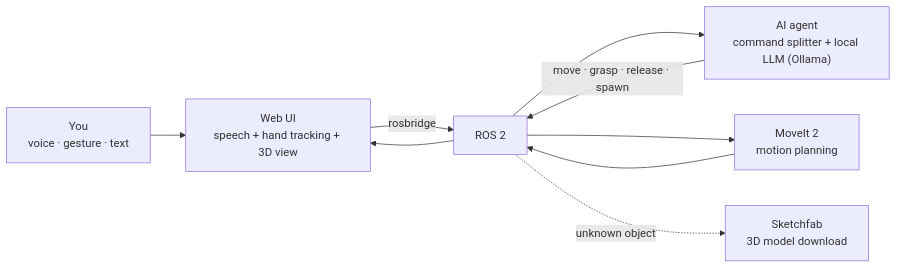
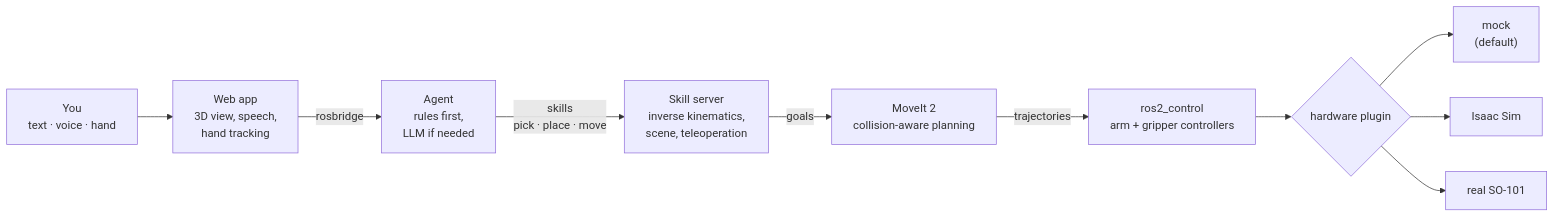
One commit to gabripo/move_the_bot changed the diagram in README.md. Above: the diagram before and after it, drawn with Mermaid. The commit also changed other lines of this file and 18 other files, not shown here.

First line of the commit message:
Docs, Isaac Sim interface test, calibration for the real arm

````diff
--- a/README.md
+++ b/README.md
@@ -25,11 +86,12 @@
 ```mermaid
 flowchart LR
-    U["You<br/>voice · gesture · text"] --> W["Web UI<br/>speech + hand tracking + 3D view"]
-    W -- rosbridge --> R["ROS 2"]
-    R --> A["AI agent<br/>command splitter + local LLM (Ollama)"]
-    A -- "move · grasp · release · spawn" --> R
-    R --> M["MoveIt 2<br/>motion planning"]
-    M --> R
-    R --> W
-    R -. unknown object .-> S["Sketchfab<br/>3D model download"]
+    U["You<br/>text · voice · hand"] --> W["Web app<br/>3D view, speech,<br/>hand tracking"]
+    W -- rosbridge --> A["Agent<br/>rules first,<br/>LLM if needed"]
+    A -- "skills<br/>pick · place · move" --> S["Skill server<br/>inverse kinematics,<br/>scene, teleoperation"]
+    S -- goals --> M["MoveIt 2<br/>collision-aware planning"]
+    M -- trajectories --> C["ros2_control<br/>arm + gripper controllers"]
+    C --> H{"hardware plugin"}
+    H --> H1["mock<br/>(default)"]
+    H --> H2["Isaac Sim"]
+    H --> H3["real SO-101"]
 ```
````
